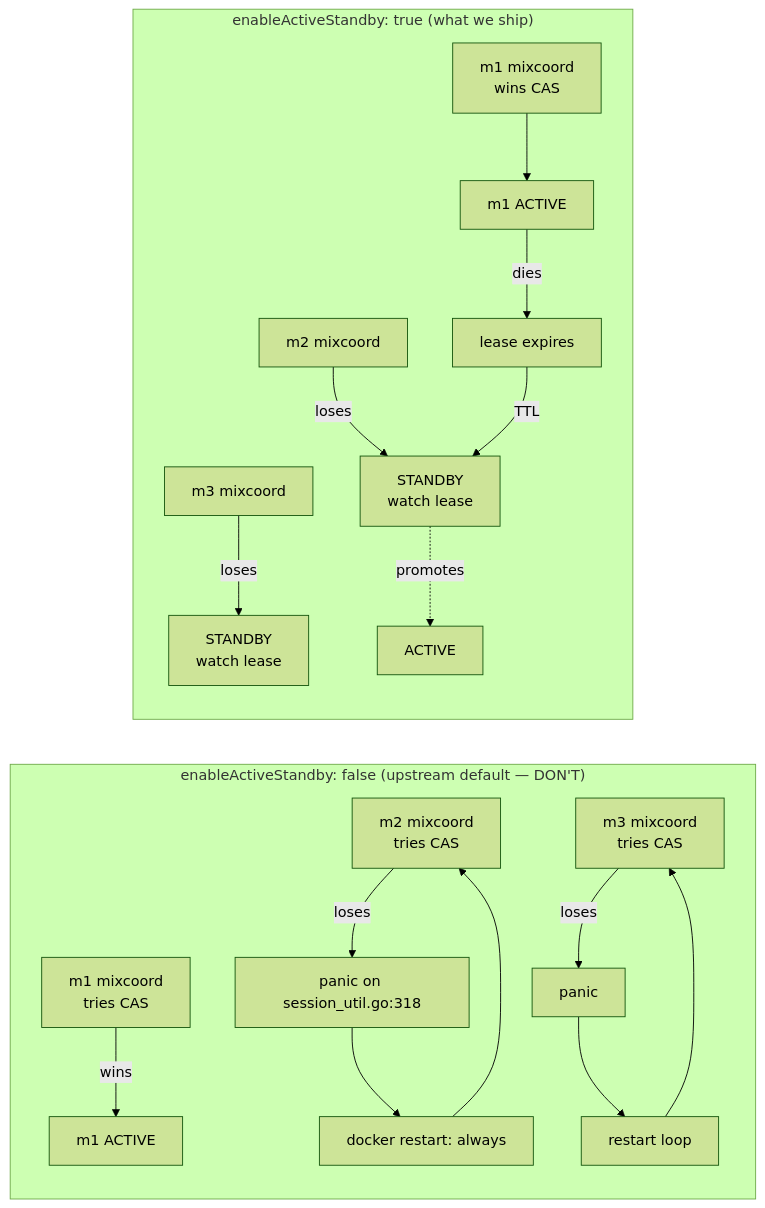
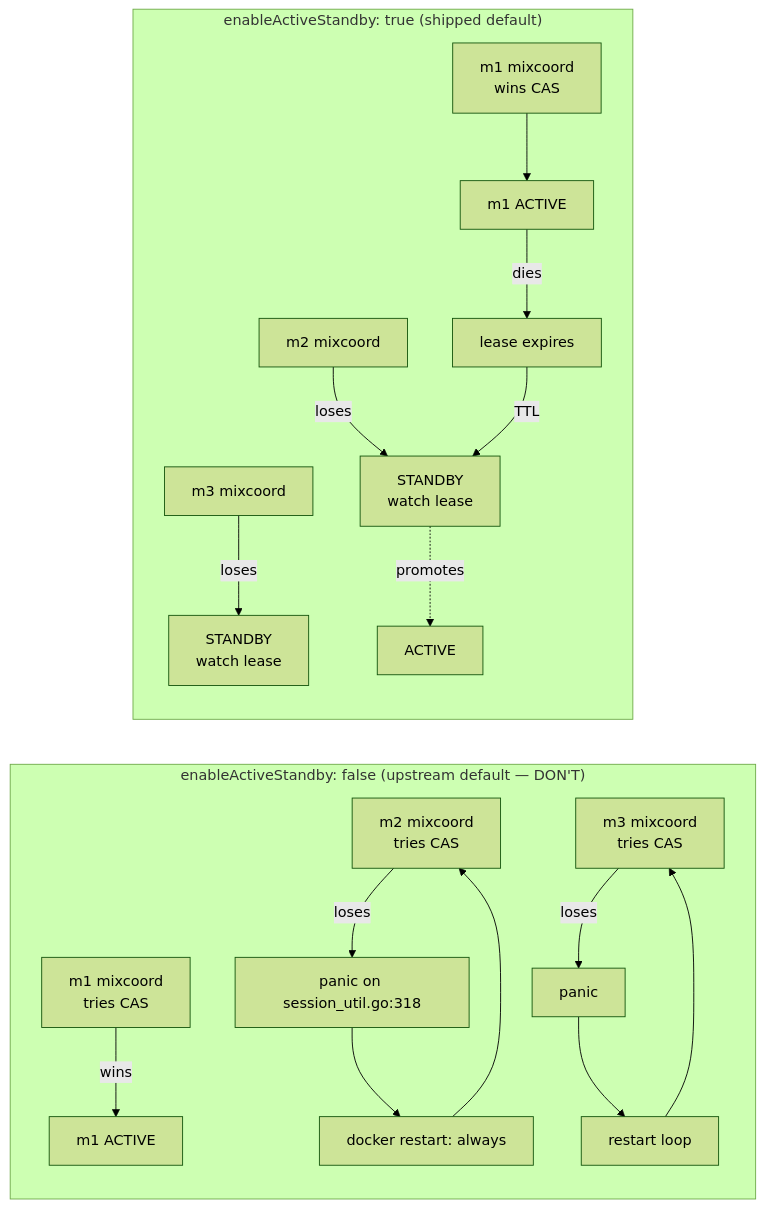
The fourth of 4 diagrams in docs/FAILOVER.md (codeadeel/milvus-onprem), drawn with Mermaid (forest theme) before and after one commit. The commit also changed 27 other files, not shown here.

````diff
--- a/docs/FAILOVER.md
+++ b/docs/FAILOVER.md
@@ -175,20 +175,20 @@
 ```mermaid
 flowchart LR
   subgraph bad["enableActiveStandby: false (upstream default — DON'T)"]
     A1[m1 mixcoord<br/>tries CAS] -- wins --> A2[m1 ACTIVE]
     B1[m2 mixcoord<br/>tries CAS] -- loses --> B2[panic on session_util.go:318]
     B2 --> B3[docker restart: always]
     B3 --> B1
     C1[m3 mixcoord<br/>tries CAS] -- loses --> C2[panic]
     C2 --> C3[restart loop]
     C3 --> C1
   end
-  subgraph good["enableActiveStandby: true (what we ship)"]
+  subgraph good["enableActiveStandby: true (shipped default)"]
     D1[m1 mixcoord<br/>wins CAS] --> D2[m1 ACTIVE]
     E1[m2 mixcoord] -- loses --> E2[STANDBY<br/>watch lease]
     F1[m3 mixcoord] -- loses --> F2[STANDBY<br/>watch lease]
     D2 -- dies --> X[lease expires]
     X -- TTL --> E2
     E2 -. promotes .-> E3[ACTIVE]
   end
 ```
````
